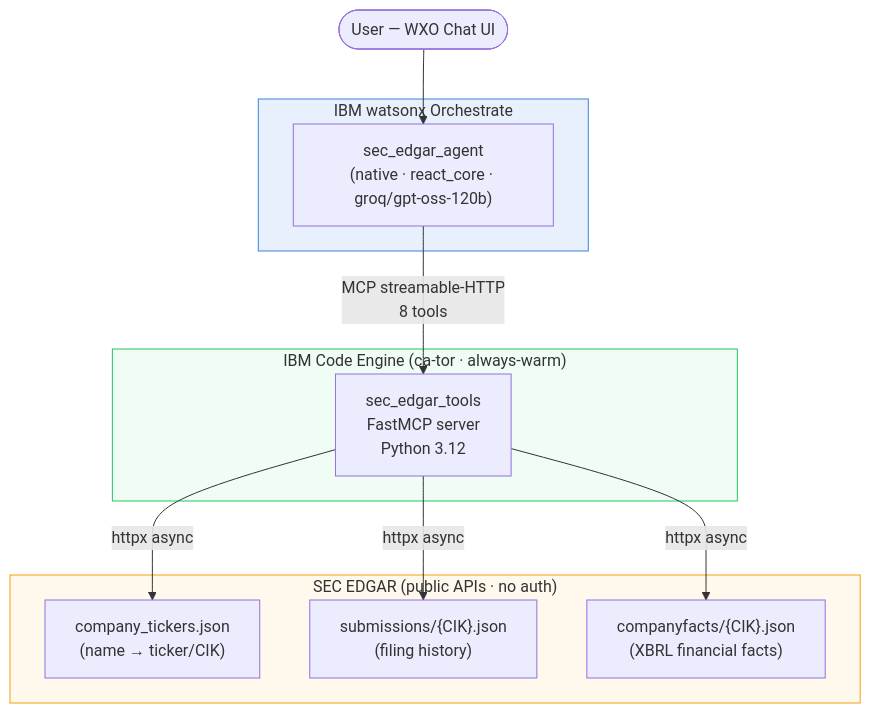
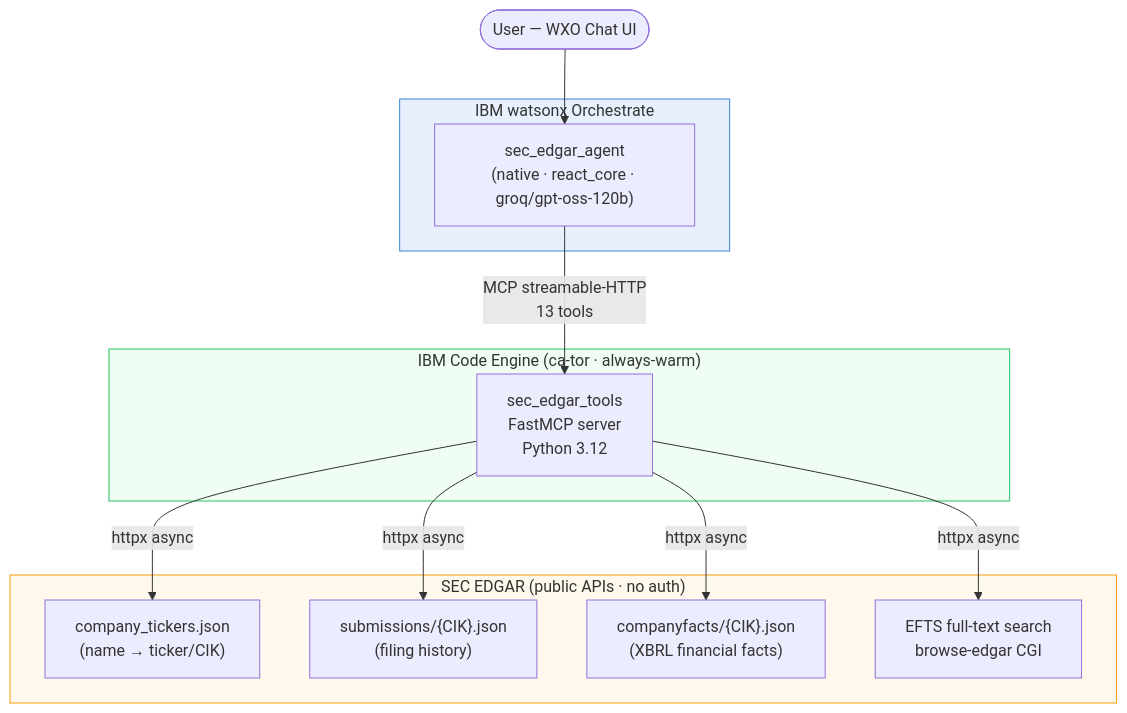
Before and after one commit to mkschihl/sec-edgar-mcp-hackathon: the diagram in docs/submission.md, drawn with Mermaid. The commit also changed other lines of this file and 1 other file, not shown here.

Commit message:
docs: update submission.md and interpretation.md to reflect 13 tools, 31 BQs, 31/31 pass (100%)

````diff
--- a/docs/submission.md
+++ b/docs/submission.md
@@ -37,28 +36,30 @@
 ```mermaid
 flowchart TD
     U([User — WXO Chat UI]) --> A
 
     subgraph WXO["IBM watsonx Orchestrate"]
         A["sec_edgar_agent\n(native · react_core · groq/gpt-oss-120b)"]
     end
 
-    A -- "MCP streamable-HTTP\n8 tools" --> S
+    A -- "MCP streamable-HTTP\n13 tools" --> S
 
     subgraph CE["IBM Code Engine  (ca-tor · always-warm)"]
         S["sec_edgar_tools\nFastMCP server\nPython 3.12"]
     end
 
     S -- "httpx async" --> E1
     S -- "httpx async" --> E2
     S -- "httpx async" --> E3
+    S -- "httpx async" --> E4
 
     subgraph SEC["SEC EDGAR  (public APIs · no auth)"]
         E1["company_tickers.json\n(name → ticker/CIK)"]
         E2["submissions/{CIK}.json\n(filing history)"]
         E3["companyfacts/{CIK}.json\n(XBRL financial facts)"]
+        E4["EFTS full-text search\nbrowse-edgar CGI"]
     end
 
     style WXO fill:#e8f0fe,stroke:#3b82d4
     style CE  fill:#f0fdf4,stroke:#22c55e
     style SEC fill:#fef9ec,stroke:#f59e0b
 ```
````
